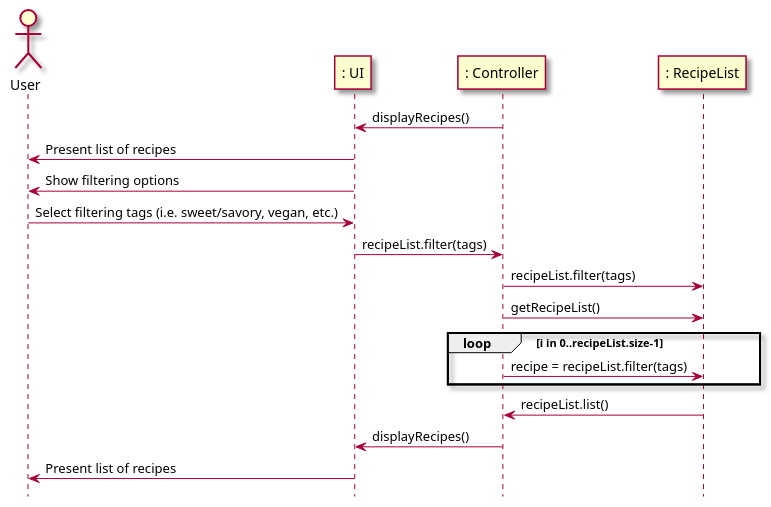
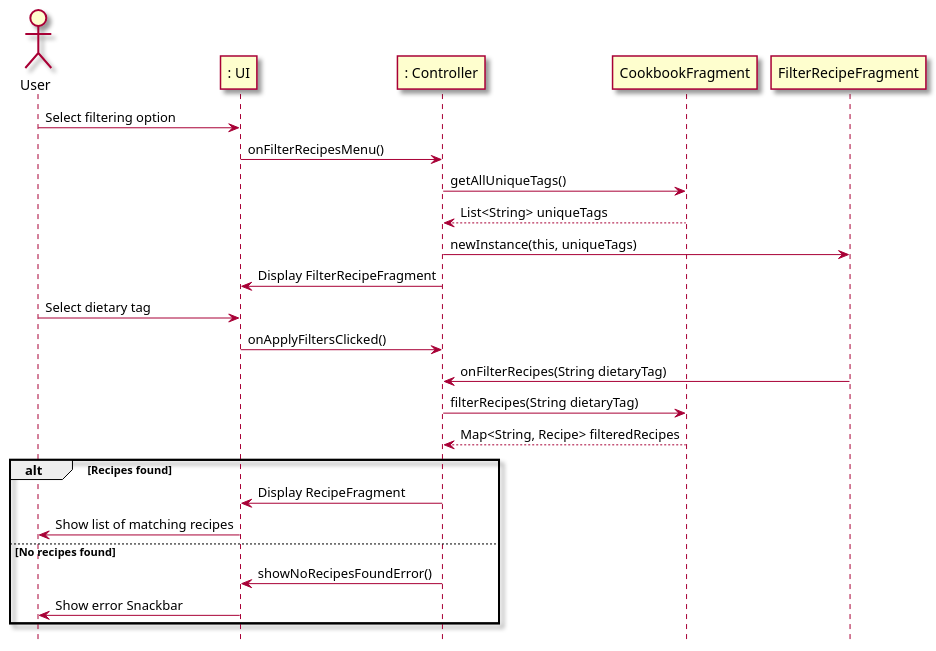
The second of 2 diagrams in intellij/doc/use-cases/filter_recipe.md (berthashipper/Pantry-Pal-Android-Application), drawn with PlantUML before and after one commit. The commit also changed other lines of this file and 1 other file, not shown here.

Commit message:
Updated filter_recipes use case to use method call notation

````diff
--- a/intellij/doc/use-cases/filter_recipe.md
+++ b/intellij/doc/use-cases/filter_recipe.md
@@ -61,30 +56,33 @@
 ```plantuml
 @startuml
 skin rose
 
 hide footbox
 
 actor User as user
 participant ": UI" as ui
 participant ": Controller" as cont
-participant ": RecipeList" as rec
+participant "CookbookFragment" as cookbook
+participant "FilterRecipeFragment" as filterFrag
 
-cont-> ui : displayRecipes()
-ui -> user : Present list of recipes
-ui -> user : Show filtering options
-user -> ui : Select filtering tags (i.e. sweet/savory, vegan, etc.)
-ui -> cont : recipeList.filter(tags)
-cont -> rec : recipeList.filter(tags)
+user -> ui : Select filtering option
+ui -> cont : onFilterRecipesMenu()
+cont -> cookbook : getAllUniqueTags()
+cookbook --> cont : List<String> uniqueTags
+cont -> filterFrag : newInstance(this, uniqueTags)
+cont -> ui : Display FilterRecipeFragment
 
-cont -> rec : getRecipeList()
-loop i in 0..recipeList.size-1
-cont -> rec : recipe = recipeList.filter(tags)
+user -> ui : Select dietary tag
+ui -> cont : onApplyFiltersClicked()
+filterFrag -> cont : onFilterRecipes(String dietaryTag)
+cont -> cookbook : filterRecipes(String dietaryTag)
+cookbook --> cont : Map<String, Recipe> filteredRecipes
+alt Recipes found
+    cont -> ui : Display RecipeFragment
+    ui -> user : Show list of matching recipes
+else No recipes found
+    cont -> ui : showNoRecipesFoundError()
+    ui -> user : Show error Snackbar
 end
-
-rec -> cont : recipeList.list()
-cont -> ui : displayRecipes()
-ui -> user : Present list of recipes
-
-
 @enduml
 ```
````
